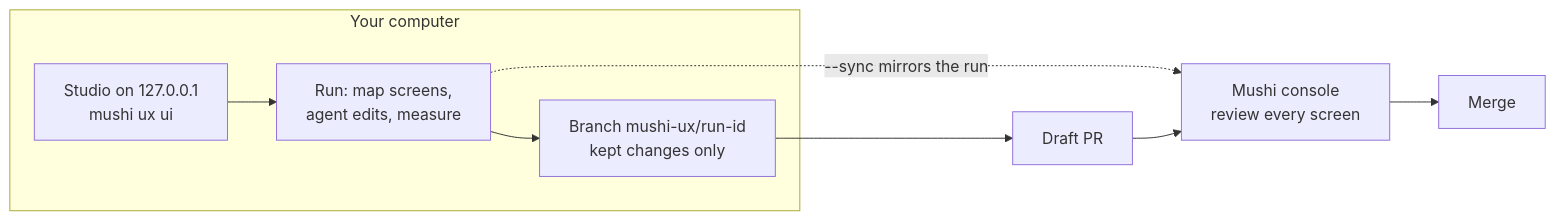
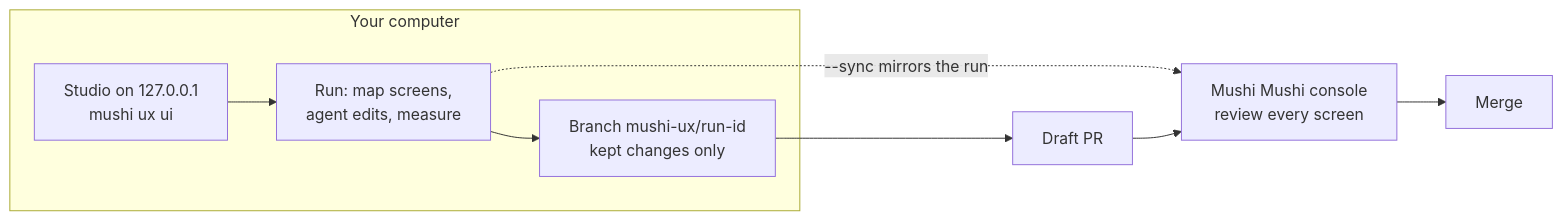
The diagram in packages/ux/README.md (kensaurus/mushi-mushi), drawn with Mermaid before and after one commit. The commit also changed other lines of this file and 425 other files, not shown here.

````diff
--- a/packages/ux/README.md
+++ b/packages/ux/README.md
@@ -15,9 +15,9 @@
 ```mermaid
 flowchart LR
     subgraph local["Your computer"]
         S["Studio on 127.0.0.1<br/>mushi ux ui"] --> R["Run: map screens,<br/>agent edits, measure"] --> B["Branch mushi-ux/run-id<br/>kept changes only"]
     end
-    R -. "--sync mirrors the run" .-> C["Mushi console<br/>review every screen"]
+    R -. "--sync mirrors the run" .-> C["Mushi Mushi console<br/>review every screen"]
     B --> P["Draft PR"] --> C
     C --> M["Merge"]
 ```
````
